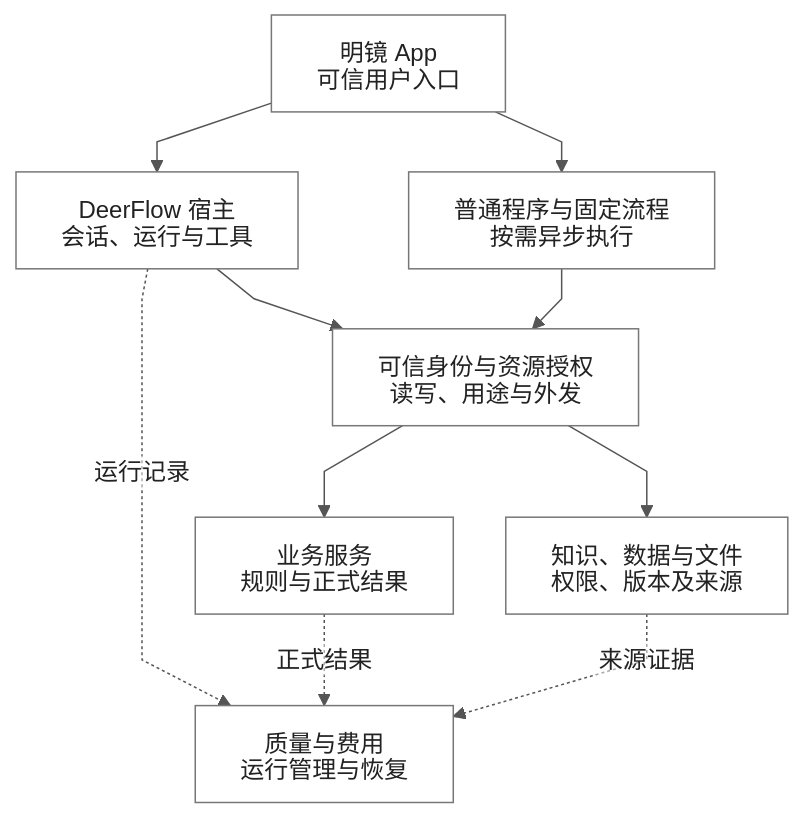
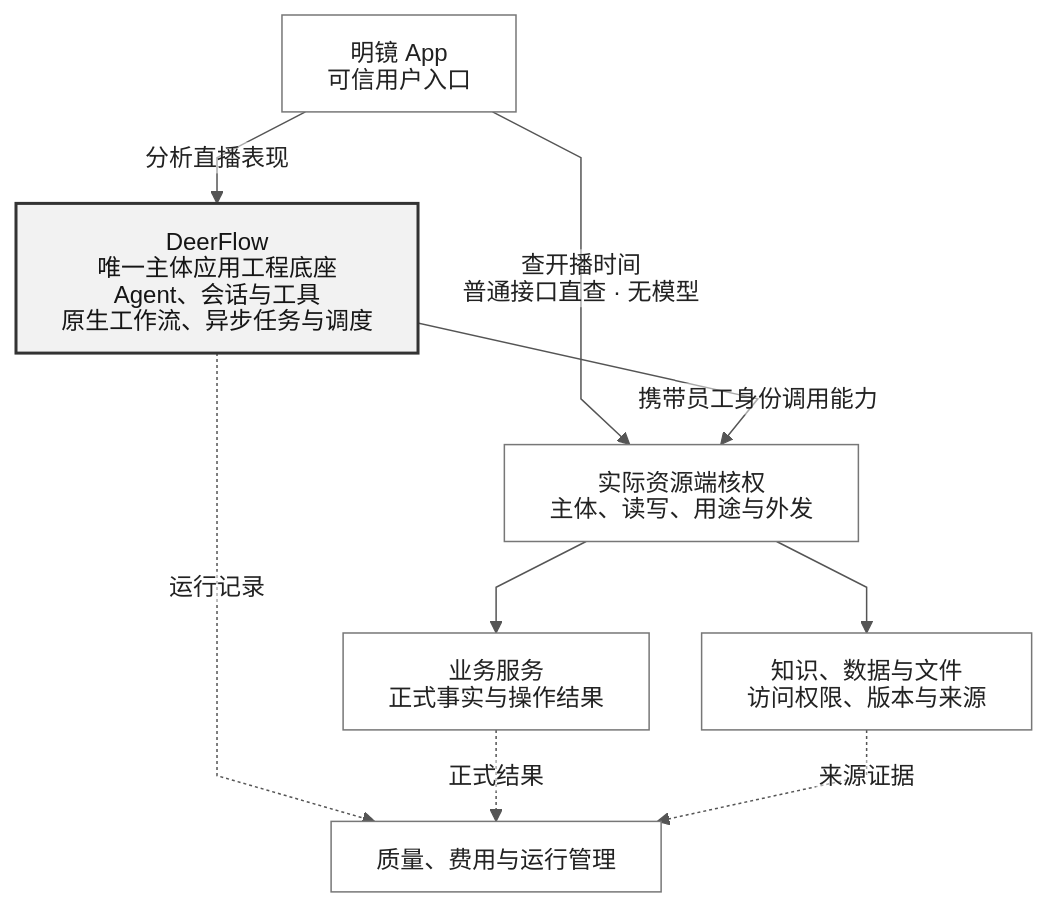
Before and after one commit to zhuquanwei111/mingjing---agent: the diagram in docs/designs/architecture-final/architecture.mmd, drawn with Mermaid. The commit also changed 13 other files, not shown here.

Commit message:
docs: distinguish direct business queries from DeerFlow-native execution

```diff
--- a/docs/designs/architecture-final/architecture.mmd
+++ b/docs/designs/architecture-final/architecture.mmd
@@ -1,40 +1,40 @@
 ---
 config:
   theme: base
   markdownAutoWrap: false
   themeVariables:
     primaryColor: "#ffffff"
     primaryBorderColor: "#777777"
     primaryTextColor: "#222222"
     lineColor: "#555555"
     edgeLabelBackground: "#ffffff"
   deterministicIds: true
   deterministicIDSeed: mj-deerflow
   htmlLabels: false
   fontFamily: "PingFang SC, Noto Sans CJK SC, sans-serif"
   flowchart:
     htmlLabels: false
     wrappingWidth: 340
     curve: linear
     nodeSpacing: 35
     rankSpacing: 40
 ---
 flowchart TB
-    accTitle: 明镜的业务调用与证据归属
-    accDescr: App 通过 DeerFlow 或普通程序调用业务与知识服务。可信身份用于资源端核权。宿主记录运行过程，业务方记录正式效果，知识服务提供来源证据。
+    accTitle: 明镜以 DeerFlow 为唯一主体应用工程底座
+    accDescr: 查主播开播时间时，明镜 App 通过普通业务接口直查，无需模型推理。分析直播表现时调用 DeerFlow Agent。DeerFlow 原生承载适用的工作流、异步任务和调度，两条调用路径都由真实资源端核权。
     APP["明镜 App<br/>可信用户入口"]
-    DF["DeerFlow 宿主<br/>会话、运行与工具"]
-    DIRECT["普通程序与固定流程<br/>按需异步执行"]
-    AUTH["可信身份与资源授权<br/>读写、用途与外发"]
-    BUS["业务服务<br/>规则与正式结果"]
-    KNOW["知识、数据与文件<br/>权限、版本及来源"]
-    GOV["质量与费用<br/>运行管理与恢复"]
-    APP --> DF
-    APP --> DIRECT
-    DF --> AUTH
-    DIRECT --> AUTH
+    DF["DeerFlow<br/>唯一主体应用工程底座<br/>Agent、会话与工具<br/>原生工作流、异步任务与调度"]
+    AUTH["实际资源端核权<br/>主体、读写、用途与外发"]
+    BUS["业务服务<br/>正式事实与操作结果"]
+    KNOW["知识、数据与文件<br/>访问权限、版本与来源"]
+    GOV["质量、费用与运行管理"]
+    APP -->|分析直播表现| DF
+    APP -->|查开播时间<br/>普通接口直查 · 无模型| AUTH
+    DF -->|携带员工身份调用能力| AUTH
     AUTH --> BUS
     AUTH --> KNOW
     DF -.运行记录.-> GOV
     BUS -.正式结果.-> GOV
     KNOW -.来源证据.-> GOV
+    classDef host fill:#f2f2f2,stroke:#333333,stroke-width:2px,color:#151515
+    class DF host
```
